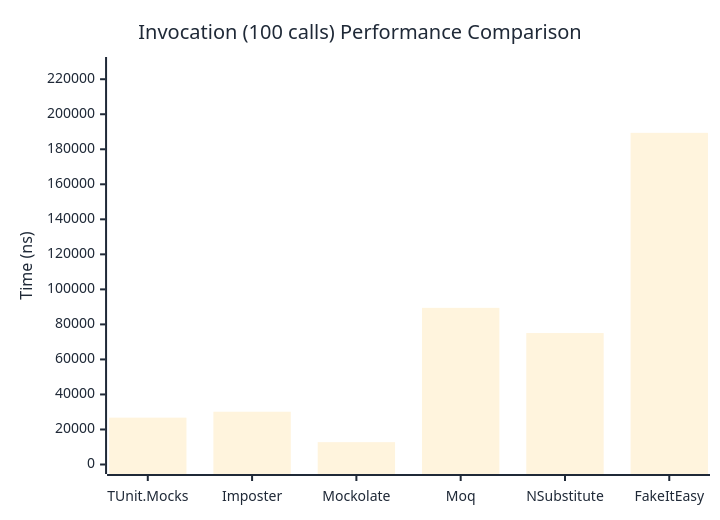
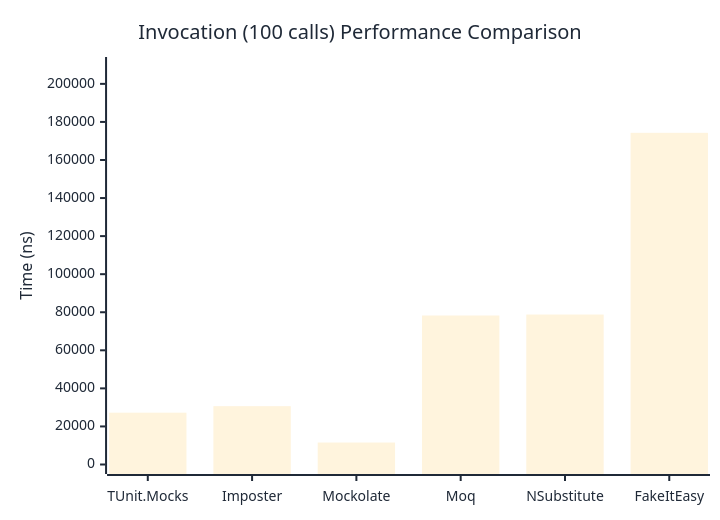
Before and after one commit to thomhurst/TUnit: the third of 3 diagrams in docs/docs/benchmarks/mocks/Invocation.md, drawn with Mermaid. The commit also changed other lines of this file and 14 other files, not shown here.

````diff
--- a/docs/docs/benchmarks/mocks/Invocation.md
+++ b/docs/docs/benchmarks/mocks/Invocation.md
@@ -112,27 +112,27 @@
 ```mermaid
 %%{init: {
   'theme':'base',
   'themeVariables': {
     'primaryColor': '#2563eb',
     'primaryTextColor': '#1f2937',
     'primaryBorderColor': '#1e40af',
     'lineColor': '#6b7280',
     'secondaryColor': '#7c3aed',
     'tertiaryColor': '#dc2626',
     'background': '#ffffff',
     'pie1': '#2563eb',
     'pie2': '#7c3aed',
     'pie3': '#dc2626',
     'pie4': '#f59e0b',
     'pie5': '#10b981',
     'pie6': '#06b6d4',
     'pie7': '#ec4899',
     'pie8': '#6366f1'
   }
 }}%%
 xychart-beta
   title "Invocation (100 calls) Performance Comparison"
   x-axis ["TUnit.Mocks", "Imposter", "Mockolate", "Moq", "NSubstitute", "FakeItEasy"]
-  y-axis "Time (ns)" 0 --> 227261
-  bar [26748.3, 30135.1, 12760.5, 89445.5, 75062.2, 189383.5]
+  y-axis "Time (ns)" 0 --> 209123
+  bar [27230.9, 30655.85, 11547.82, 78291.98, 78791.9, 174269.11]
 ```
````
